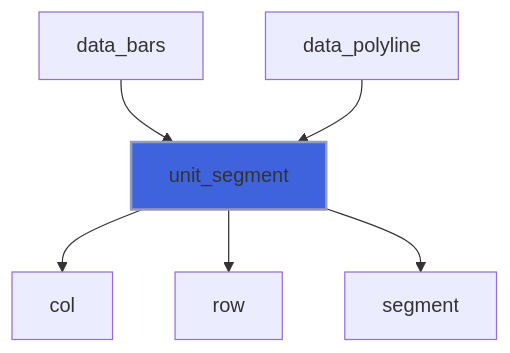
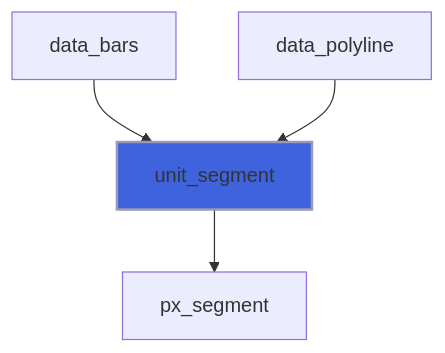
Before and after one commit to szaghi/foresight: diagram 22 of 30 in docs/api/src/lib/foresight_backend_dumb.md, drawn with Mermaid. The commit also changed other lines of this file and 97 other files, not shown here.

````diff
--- a/docs/api/src/lib/foresight_backend_dumb.md
+++ b/docs/api/src/lib/foresight_backend_dumb.md
@@ -644,9 +737,7 @@
 ```mermaid
 flowchart TD
   data_bars["data_bars"] --> unit_segment["unit_segment"]
   data_polyline["data_polyline"] --> unit_segment["unit_segment"]
-  unit_segment["unit_segment"] --> col["col"]
-  unit_segment["unit_segment"] --> row["row"]
-  unit_segment["unit_segment"] --> segment["segment"]
+  unit_segment["unit_segment"] --> px_segment["px_segment"]
   style unit_segment fill:#3e63dd,stroke:#99b,stroke-width:2px
 ```
````
